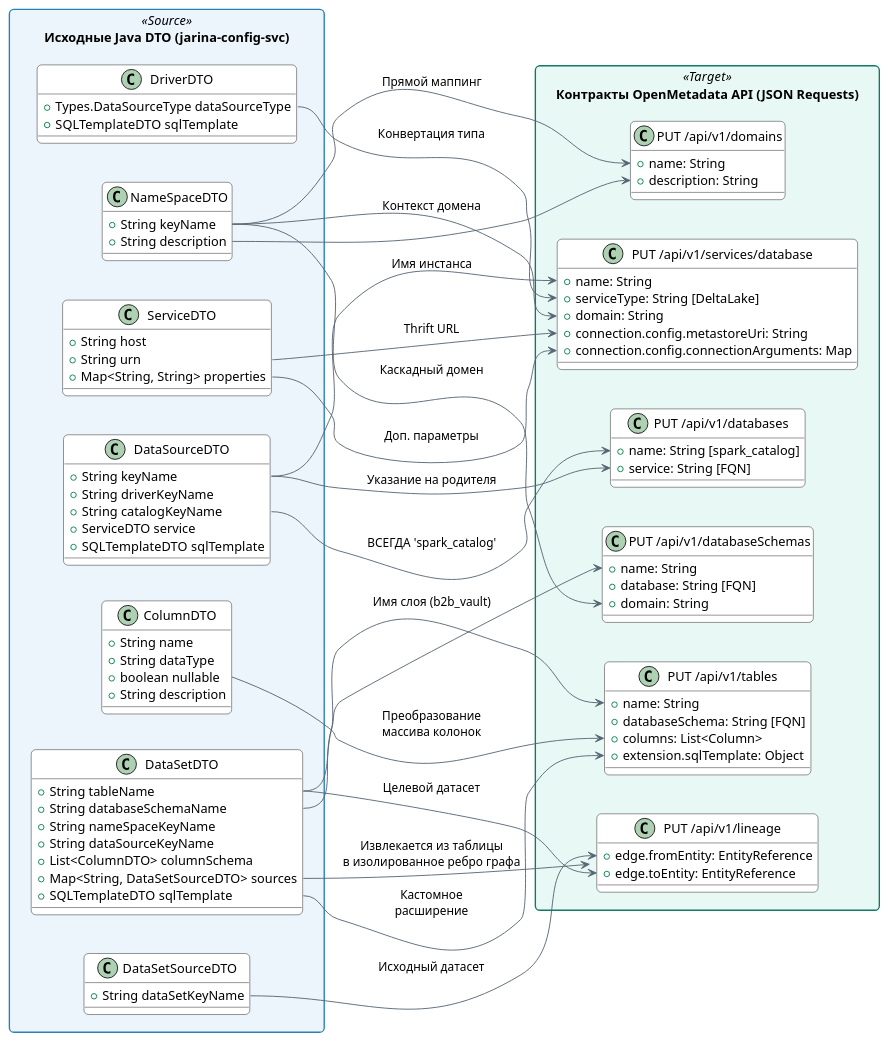
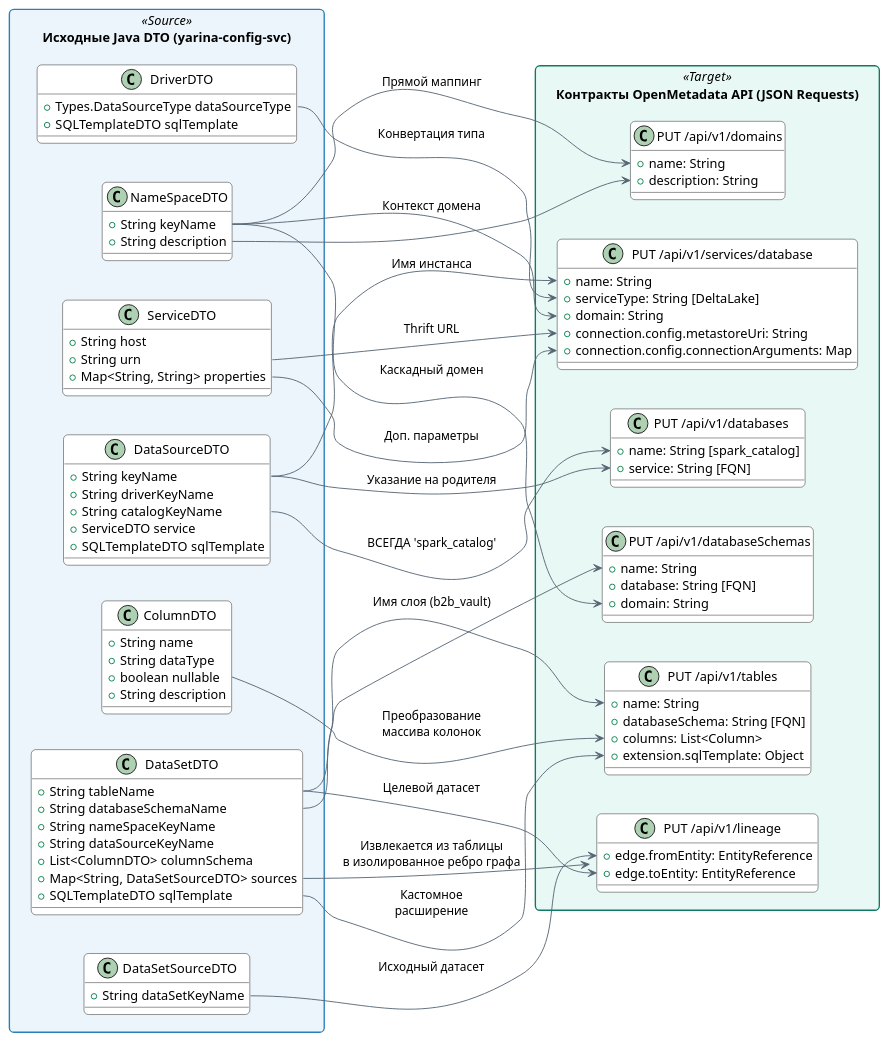
Before and after one commit to zaytsevdmitry/lakehouse: the diagram in doc-ru/nexttimedev/openmetadata/sendtoomd.puml, drawn with PlantUML. The commit also changed 2174 other files, not shown here.

```diff
--- a/doc-ru/nexttimedev/openmetadata/sendtoomd.puml
+++ b/doc-ru/nexttimedev/openmetadata/sendtoomd.puml
@@ -1,135 +1,135 @@
 @startuml
 left to right direction
 skinparam packageStyle rectangle
 skinparam roundcorner 10
 skinparam shading false
 
 skinparam package {
     BackgroundColor<<Source>> #EBF5FB
     BorderColor<<Source>> #2980B9
     BackgroundColor<<Target>> #E8F8F5
     BorderColor<<Target>> #117A65
 }
 
 skinparam class {
     BackgroundColor #White
     ArrowColor #566573
 }
 
-package "Исходные Java DTO (jarina-config-svc)" <<Source>> {
+package "Исходные Java DTO (yarina-config-svc)" <<Source>> {
     class NameSpaceDTO {
         +String keyName
         +String description
     }
 
     class ServiceDTO {
         +String host
         +String urn
         +Map<String, String> properties
     }
 
     class DriverDTO {
         +Types.DataSourceType dataSourceType
         +SQLTemplateDTO sqlTemplate
     }
 
     class DataSourceDTO {
         +String keyName
         +String driverKeyName
         +String catalogKeyName
         +ServiceDTO service
         +SQLTemplateDTO sqlTemplate
     }
 
     class ColumnDTO {
         +String name
         +String dataType
         +boolean nullable
         +String description
     }
 
     class DataSetSourceDTO {
         +String dataSetKeyName
     }
 
     class DataSetDTO {
         +String tableName
         +String databaseSchemaName
         +String nameSpaceKeyName
         +String dataSourceKeyName
         +List<ColumnDTO> columnSchema
         +Map<String, DataSetSourceDTO> sources
         +SQLTemplateDTO sqlTemplate
     }
 }
 
 package "Контракты OpenMetadata API (JSON Requests)" <<Target>> {
     class "PUT /api/v1/domains" as CreateDomainRequest {
         +name: String
         +description: String
     }
 
     class "PUT /api/v1/services/database" as CreateDatabaseServiceRequest {
         +name: String
         +serviceType: String [DeltaLake]
         +domain: String
         +connection.config.metastoreUri: String
         +connection.config.connectionArguments: Map
     }
 
     class "PUT /api/v1/databases" as CreateDatabaseRequest {
         +name: String [spark_catalog]
         +service: String [FQN]
     }
 
     class "PUT /api/v1/databaseSchemas" as CreateDatabaseSchemaRequest {
         +name: String
         +database: String [FQN]
         +domain: String
     }
 
     class "PUT /api/v1/tables" as CreateTableRequest {
         +name: String
         +databaseSchema: String [FQN]
         +columns: List<Column>
         +extension.sqlTemplate: Object
     }
 
     class "PUT /api/v1/lineage" as AddLineageRequest {
         +edge.fromEntity: EntityReference
         +edge.toEntity: EntityReference
     }
 }
 
 ' ---- Процесс Маппинга и Трансформации ----
 
 ' 1. Намеспейс в Домен
 NameSpaceDTO::keyName --> CreateDomainRequest::name : " Прямой маппинг"
 NameSpaceDTO::description --> CreateDomainRequest::description
 
 ' 2. Сервис + Драйвер + Источник в DatabaseService
 DataSourceDTO::keyName --> CreateDatabaseServiceRequest::name : " Имя инстанса"
 DriverDTO::dataSourceType --> CreateDatabaseServiceRequest::serviceType : " Конвертация типа"
 NameSpaceDTO::keyName --> CreateDatabaseServiceRequest::domain : " Контекст домена"
 ServiceDTO::urn --> CreateDatabaseServiceRequest::connection.config.metastoreUri : " Thrift URL"
 ServiceDTO::properties --> CreateDatabaseServiceRequest::connection.config.connectionArguments : " Доп. параметры"
 
 ' 3. Фиксация каталога под Spark 3.5
 DataSourceDTO::catalogKeyName --> CreateDatabaseRequest::name : " ВСЕГДА 'spark_catalog'"
 DataSourceDTO::keyName --> CreateDatabaseRequest::service : " Указание на родителя"
 
 ' 4. Создание схемы (слоя)
 DataSetDTO::databaseSchemaName --> CreateDatabaseSchemaRequest::name : " Имя слоя (b2b_vault)"
 NameSpaceDTO::keyName --> CreateDatabaseSchemaRequest::domain : " Каскадный домен"
 
 ' 5. Создание таблицы и колонок
 DataSetDTO::tableName --> CreateTableRequest::name
 ColumnDTO --> CreateTableRequest::columns : " Преобразование\n массива колонок"
 DataSetDTO::sqlTemplate --> CreateTableRequest::extension.sqlTemplate : " Кастомное\n расширение"
 
 ' 6. Извлечение графа зависимостей
 DataSetDTO::sources --> AddLineageRequest : " Извлекается из таблицы\n в изолированное ребро графа"
 DataSetDTO::tableName --> AddLineageRequest::edge.toEntity : " Целевой датасет"
 DataSetSourceDTO::dataSetKeyName --> AddLineageRequest::edge.fromEntity : " Исходный датасет"
 
 @enduml
```
